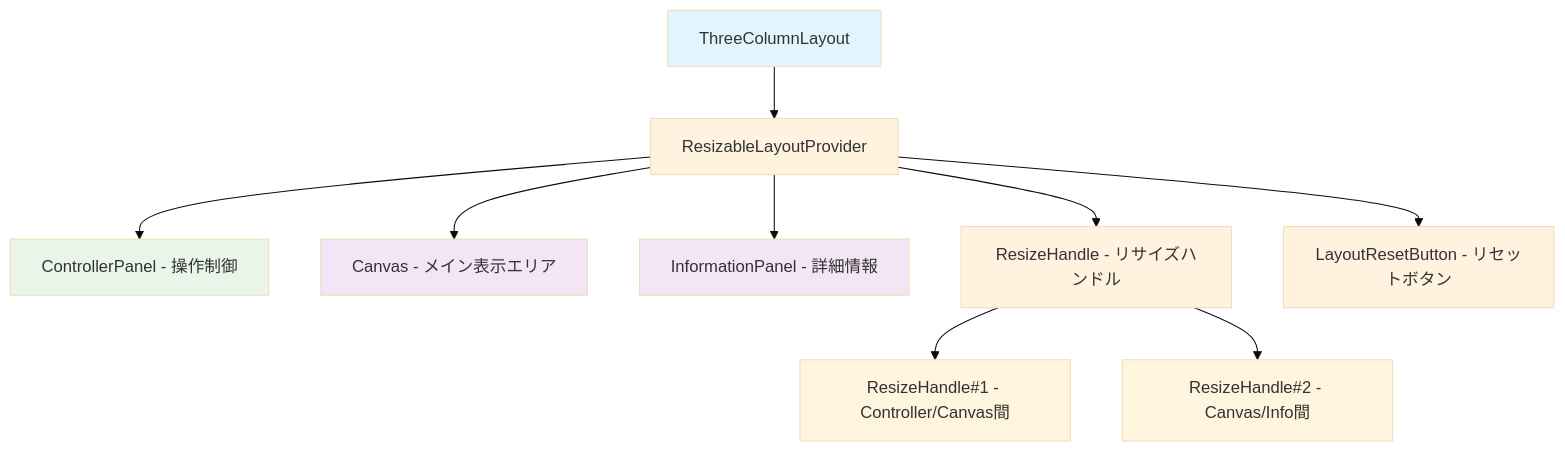
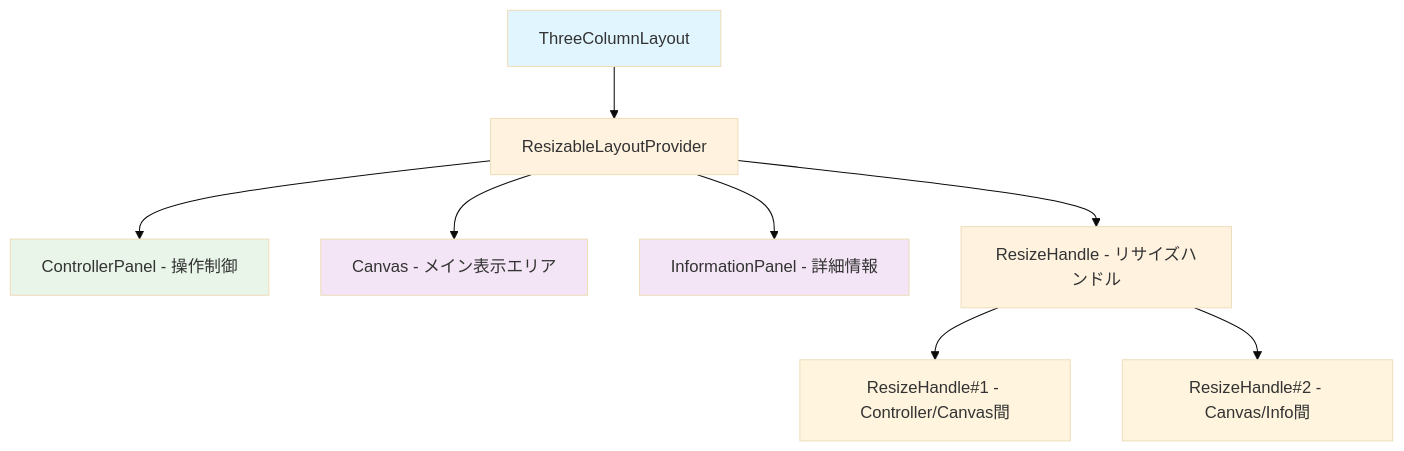
Before and after one commit to endo-ava/music-theory-app: the first of 2 diagrams in src/components/layouts/ThreeColumnLayout/README.md, drawn with Mermaid (base theme). The commit also changed other lines of this file and 7 other files, not shown here.

First line of the commit message:
refactor: remove layout reset functionality for simplicity

````diff
--- a/src/components/layouts/ThreeColumnLayout/README.md
+++ b/src/components/layouts/ThreeColumnLayout/README.md
@@ -45,20 +44,18 @@
 ```mermaid
 graph TD
     A[ThreeColumnLayout] --> B[ResizableLayoutProvider]
     B --> C[ControllerPanel - 操作制御]
     B --> D[Canvas - メイン表示エリア]
     B --> E[InformationPanel - 詳細情報]
     B --> F[ResizeHandle - リサイズハンドル]
-    B --> G[LayoutResetButton - リセットボタン]
 
     F --> H[ResizeHandle#1 - Controller/Canvas間]
     F --> I[ResizeHandle#2 - Canvas/Info間]
 
     style A fill:#e1f5fe
     style B fill:#fff3e0
     style C fill:#e8f5e8
     style D fill:#f3e5f5
     style E fill:#f3e5f5
     style F fill:#fff3e0
-    style G fill:#fff3e0
 ```
````
